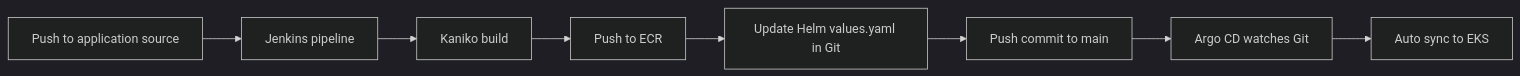
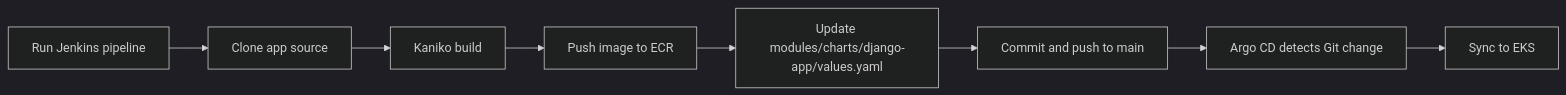
Before and after one commit to kgrebets/devops-lesson-9: the diagram in README.md, drawn with Mermaid (dark theme). The commit also changed other lines of this file, not shown here.

````diff
--- a/README.md
+++ b/README.md
@@ -152,10 +74,10 @@
 ```mermaid
 flowchart LR
-    A[Push to application source] --> B[Jenkins pipeline]
+    A[Run Jenkins pipeline] --> B[Clone app source]
     B --> C[Kaniko build]
-    C --> D[Push to ECR]
-    D --> E[Update Helm values.yaml in Git]
-    E --> F[Push commit to main]
-    F --> G[Argo CD watches Git]
-    G --> H[Auto sync to EKS]
+    C --> D[Push image to ECR]
+    D --> E[Update modules/charts/django-app/values.yaml]
+    E --> F[Commit and push to main]
+    F --> G[Argo CD detects Git change]
+    G --> H[Sync to EKS]
 ```
````
